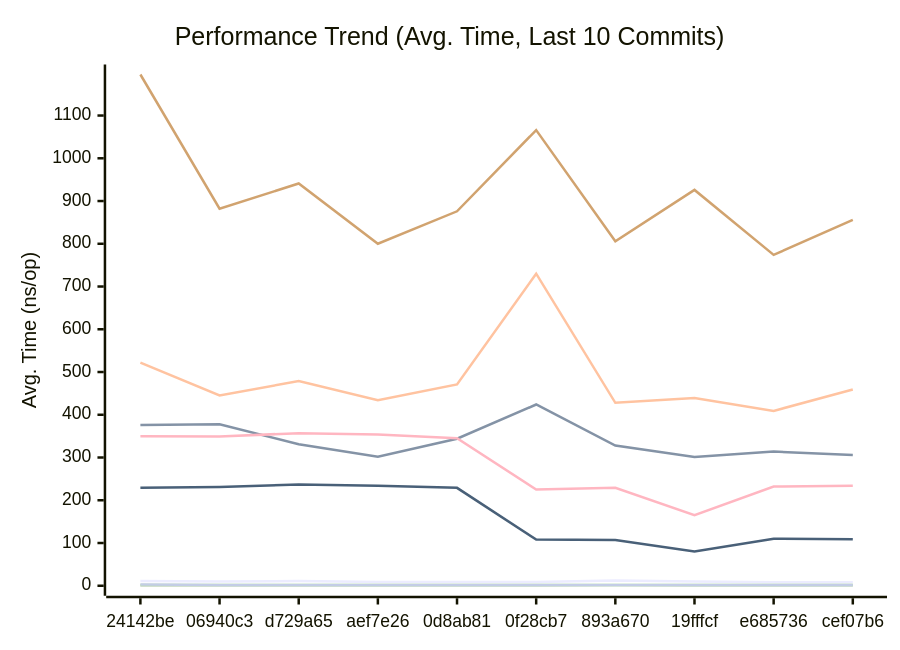
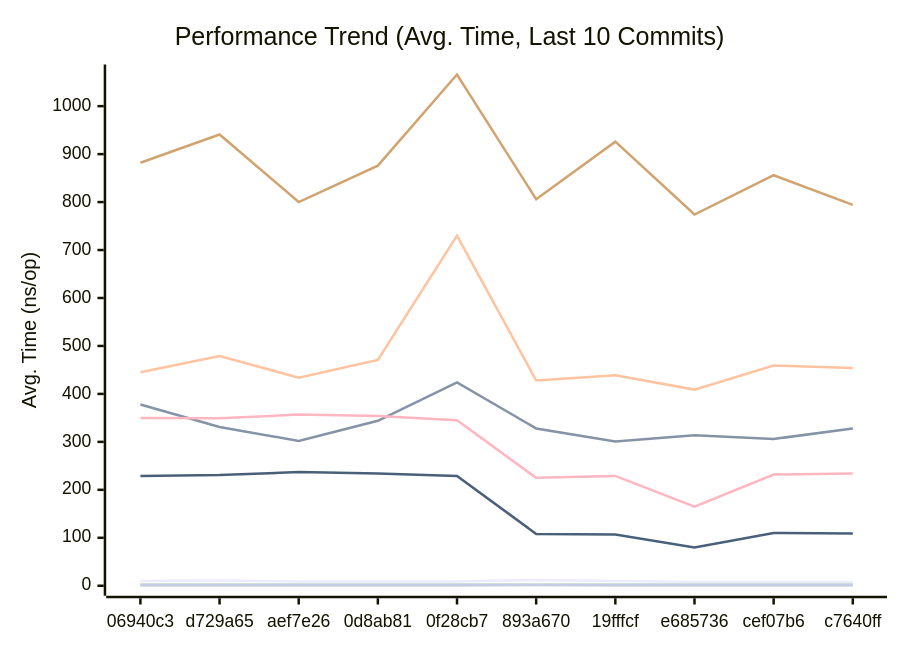
The first of 3 diagrams in docs/PERFORMANCE.md (alsotoes/momo), drawn with Mermaid before and after one commit. The commit also changed other lines of this file and 2 other files, not shown here.

````diff
--- a/docs/PERFORMANCE.md
+++ b/docs/PERFORMANCE.md
@@ -80,16 +80,16 @@
 ```mermaid
 xychart-beta
     title "Performance Trend (Avg. Time, Last 10 Commits)"
     x-axis "Commit"
     y-axis "Avg. Time (ns/op)"
-    x-axis [24142be,06940c3,d729a65,aef7e26,0d8ab81,0f28cb7,893a670,19fffcf,e685736,cef07b6]
-    line "CheckMetricsAndSwap" [11,10,11,9,9,9,12,10,8,8]
-    line "CrushOptimized" [376,378,331,302,344,424,328,301,314,306]
-    line "CrushOriginal" [522,445,479,434,471,730,428,439,409,459]
-    line "IndexDirectTracking" [0,0,0,0,0,0,1,0,0,0]
+    x-axis [06940c3,d729a65,aef7e26,0d8ab81,0f28cb7,893a670,19fffcf,e685736,cef07b6,c7640ff]
+    line "CheckMetricsAndSwap" [10,11,9,9,9,12,10,8,8,8]
+    line "CrushOptimized" [378,331,302,344,424,328,301,314,306,328]
+    line "CrushOriginal" [445,479,434,471,730,428,439,409,459,454]
+    line "IndexDirectTracking" [0,0,0,0,0,1,0,0,0,0]
     line "IndexSearch" [2,2,2,2,2,2,2,2,2,2]
-    line "LoadGlobalConfig" [1196,882,941,800,876,1066,806,926,774,856]
-    line "PadString" [3,2,2,2,2,2,2,2,2,2]
+    line "LoadGlobalConfig" [882,941,800,876,1066,806,926,774,856,794]
+    line "PadString" [2,2,2,2,2,2,2,2,2,2]
     line "ParseReplicationOrder_NoPrealloc" [350,349,357,354,345,225,229,165,232,234]
     line "ParseReplicationOrder_Prealloc" [229,231,237,234,229,108,107,80,110,109]
 ```
````
